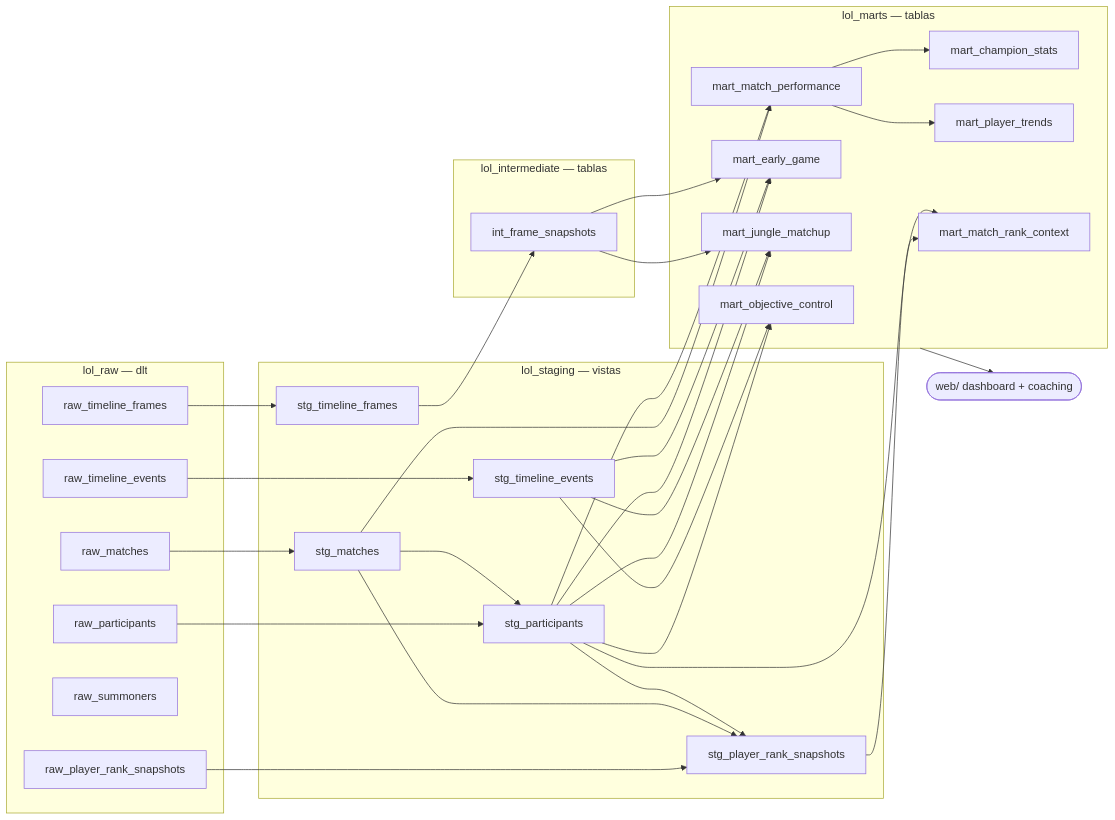
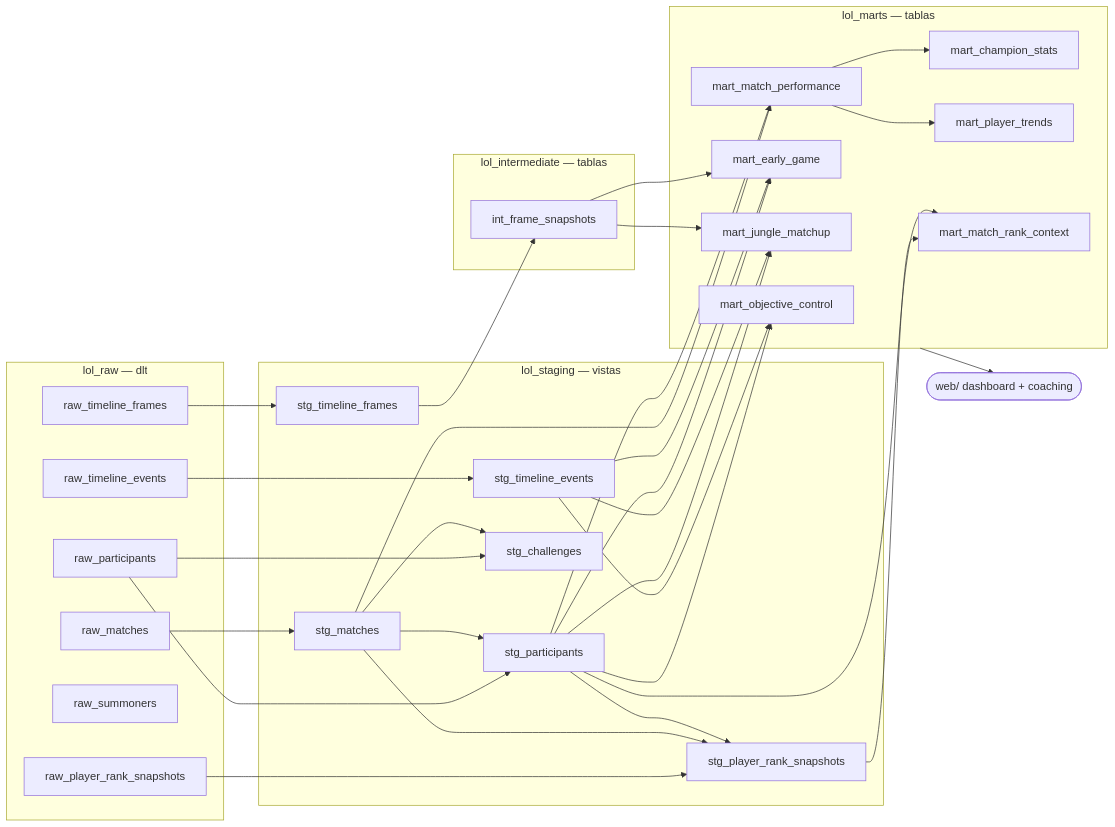
Before and after one commit to ezequielmaranda/ward-eye: the diagram in docs/diagramas/linaje.mmd, drawn with Mermaid. The commit also changed 10 other files, not shown here.

First line of the commit message:
Ingest Match-V5 challenges and type them in stg_challenges

```diff
--- a/docs/diagramas/linaje.mmd
+++ b/docs/diagramas/linaje.mmd
@@ -1,61 +1,64 @@
 flowchart LR
     subgraph raw["lol_raw — dlt"]
         r_m[raw_matches]
         r_p[raw_participants]
         r_tf[raw_timeline_frames]
         r_te[raw_timeline_events]
         r_s[raw_summoners]
         r_rs[raw_player_rank_snapshots]
     end
 
     subgraph stg["lol_staging — vistas"]
         s_m[stg_matches]
         s_p[stg_participants]
         s_tf[stg_timeline_frames]
         s_te[stg_timeline_events]
         s_rs[stg_player_rank_snapshots]
+        s_ch[stg_challenges]
     end
 
     subgraph int["lol_intermediate — tablas"]
         i_fs[int_frame_snapshots]
     end
 
     subgraph marts["lol_marts — tablas"]
         m_mp[mart_match_performance]
         m_cs[mart_champion_stats]
         m_pt[mart_player_trends]
         m_eg[mart_early_game]
         m_jm[mart_jungle_matchup]
         m_oc[mart_objective_control]
         m_rc[mart_match_rank_context]
     end
 
     webapp(["web/ dashboard + coaching"])
 
     r_m --> s_m
     r_p --> s_p
     s_m --> s_p
     r_tf --> s_tf
     r_te --> s_te
     r_rs --> s_rs
+    r_p --> s_ch
+    s_m --> s_ch
     s_m --> s_rs
     s_p --> s_rs
 
     s_tf --> i_fs
 
     s_m --> m_mp
     s_p --> m_mp
     m_mp --> m_cs
     m_mp --> m_pt
     s_p --> m_eg
     i_fs --> m_eg
     s_te --> m_eg
     s_p --> m_jm
     i_fs --> m_jm
     s_te --> m_jm
     s_p --> m_oc
     s_te --> m_oc
     s_rs --> m_rc
     s_p --> m_rc
 
     marts --> webapp
```
